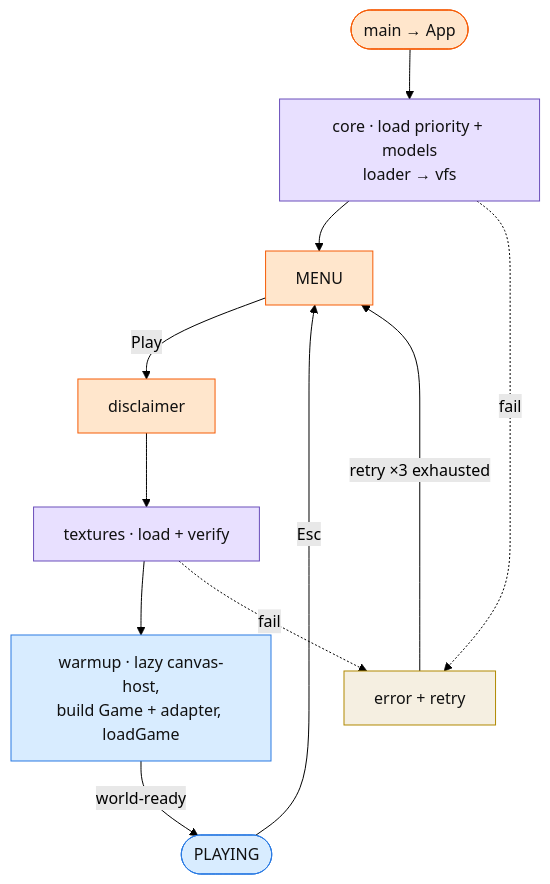
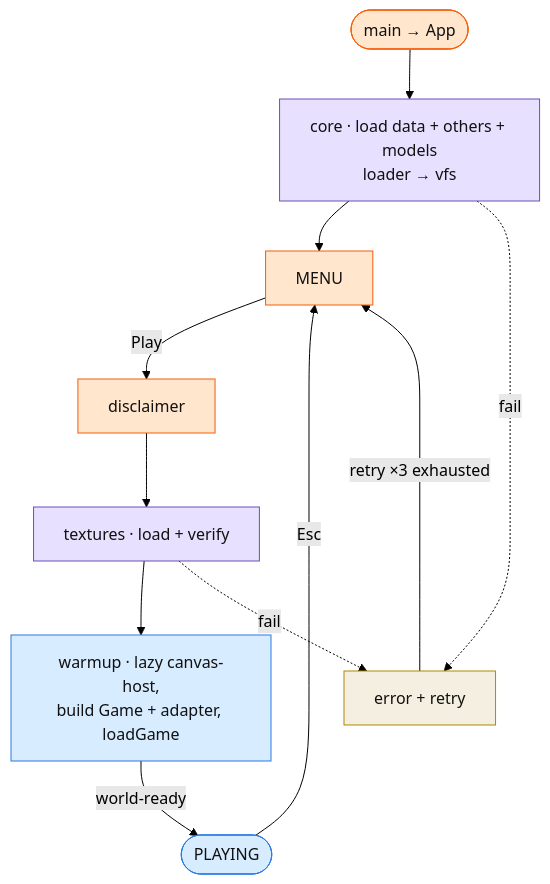
The third of 4 diagrams in docs/architecture.md (AlexSergey/opensa), drawn with Mermaid (forest theme) before and after one commit. The commit also changed other lines of this file and 28 other files, not shown here.

````diff
--- a/docs/architecture.md
+++ b/docs/architecture.md
@@ -97,19 +97,19 @@
 ```mermaid
 flowchart TB
-  a([main → App]):::ui --> b["core&nbsp;&middot; load priority + models<br/>loader → vfs"]:::infra
+  a([main → App]):::ui --> b["core&nbsp;&middot; load data + others + models<br/>loader → vfs"]:::infra
   b --> m["MENU"]:::ui
   m -->|Play| d["disclaimer"]:::ui
   d --> t["textures&nbsp;&middot; load + verify"]:::infra
   t --> w["warmup&nbsp;&middot; lazy canvas-host,<br/>build Game + adapter, loadGame"]:::engine
   w -->|world-ready| p([PLAYING]):::engine
   p -->|Esc| m
 
   b -. fail .-> e["error + retry"]:::data
   t -. fail .-> e
   e -->|retry &times;3 exhausted| m
 
   classDef ui fill:#ffe6cc,stroke:#f55c07,color:#111
   classDef infra fill:#e8e0ff,stroke:#6b4fbb,color:#111
   classDef engine fill:#d8ecff,stroke:#2a7ae2,color:#111
   classDef data fill:#f5efe1,stroke:#b08900,color:#111
 ```
````
